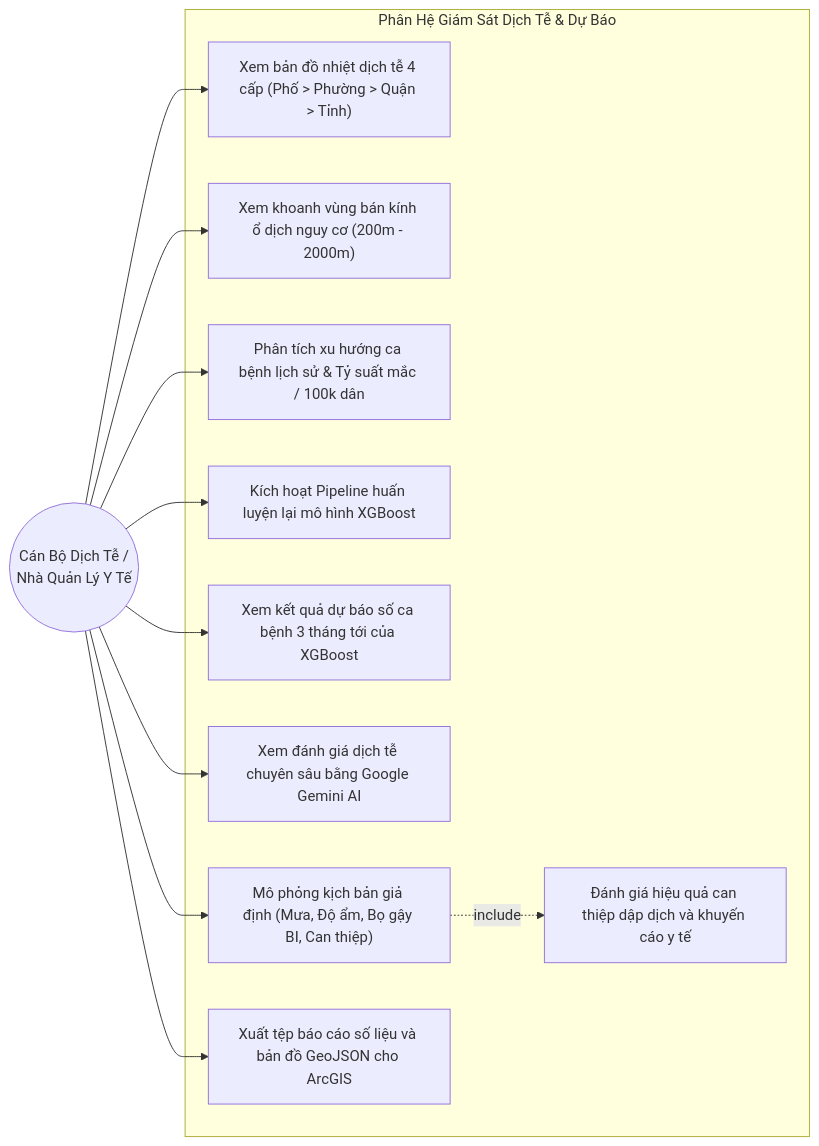
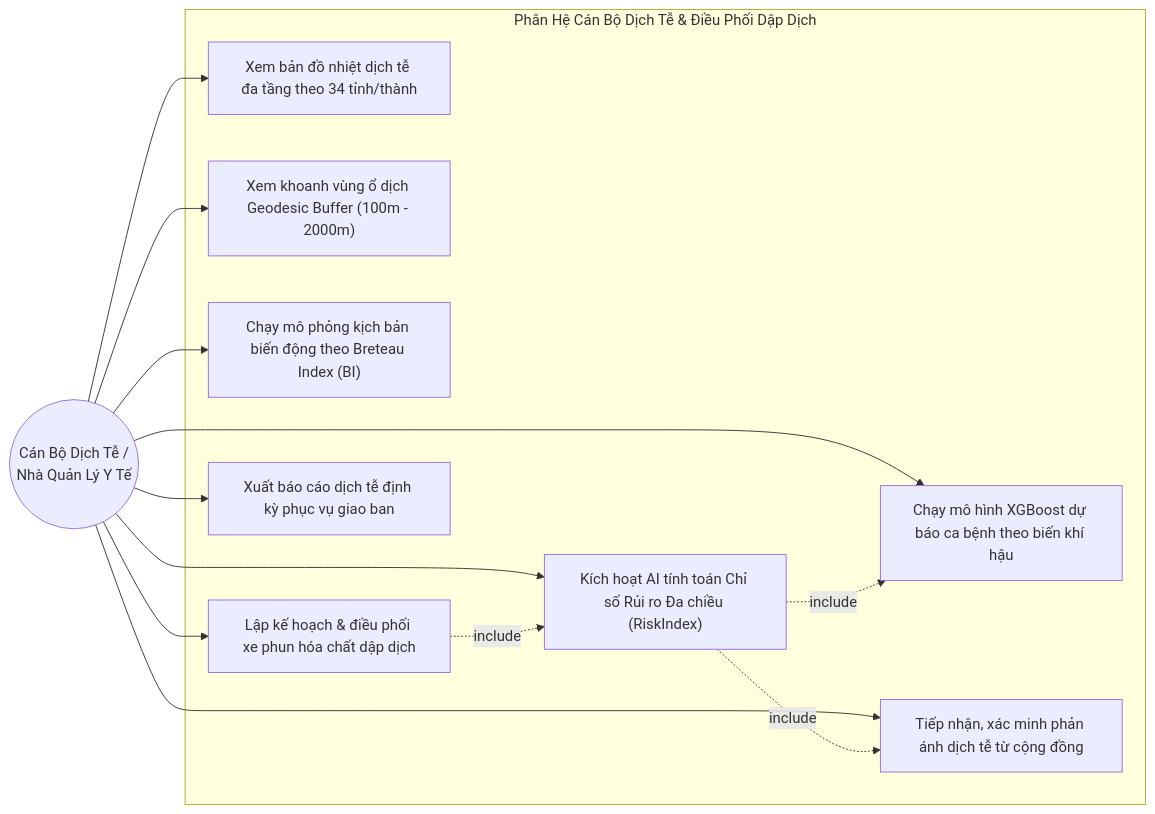
Diagram 13 of 26 in README.md (VanderSpeare/dengue-prediction), drawn with Mermaid before and after one commit. The commit also changed other lines of this file and 25 other files, not shown here.

````diff
--- a/README.md
+++ b/README.md
@@ -1048,27 +674,28 @@
 ```mermaid
 flowchart LR
-    Actor_Epidem((Cán Bộ Dịch Tễ /<br/>Nhà Quản Lý Y Tế))
+    Actor_Epi((Cán Bộ Dịch Tễ /<br/>Nhà Quản Lý Y Tế))
 
-    subgraph UC_SurveillanceModule ["Phân Hệ Giám Sát Dịch Tễ & Dự Báo"]
-        UC_E1["Xem bản đồ nhiệt dịch tễ 4 cấp (Phố > Phường > Quận > Tỉnh)"]
-        UC_E2["Xem khoanh vùng bán kính ổ dịch nguy cơ (200m - 2000m)"]
-        UC_E3["Phân tích xu hướng ca bệnh lịch sử & Tỷ suất mắc / 100k dân"]
-        UC_E4["Kích hoạt Pipeline huấn luyện lại mô hình XGBoost"]
-        UC_E5["Xem kết quả dự báo số ca bệnh 3 tháng tới của XGBoost"]
-        UC_E6["Xem đánh giá dịch tễ chuyên sâu bằng Google Gemini AI"]
-        UC_E7["Mô phỏng kịch bản giả định (Mưa, Độ ẩm, Bọ gậy BI, Can thiệp)"]
-        UC_E8["Đánh giá hiệu quả can thiệp dập dịch và khuyến cáo y tế"]
-        UC_E9["Xuất tệp báo cáo số liệu và bản đồ GeoJSON cho ArcGIS"]
+    subgraph UC_EpiModule ["Phân Hệ Cán Bộ Dịch Tễ & Điều Phối Dập Dịch"]
+        UC_E1["Xem bản đồ nhiệt dịch tễ đa tầng theo 34 tỉnh/thành"]
+        UC_E2["Xem khoanh vùng ổ dịch Geodesic Buffer (100m - 2000m)"]
+        UC_E3["Chạy mô hình XGBoost dự báo ca bệnh theo biến khí hậu"]
+        UC_E4["Tiếp nhận, xác minh phản ánh dịch tễ từ cộng đồng"]
+        UC_E5["Kích hoạt AI tính toán Chỉ số Rủi ro Đa chiều (RiskIndex)"]
+        UC_E6["Chạy mô phỏng kịch bản biến động theo Breteau Index (BI)"]
+        UC_E7["Lập kế hoạch & điều phối xe phun hóa chất dập dịch"]
+        UC_E8["Xuất báo cáo dịch tễ định kỳ phục vụ giao ban"]
     end
 
-    Actor_Epidem --> UC_E1
-    Actor_Epidem --> UC_E2
-    Actor_Epidem --> UC_E3
-    Actor_Epidem --> UC_E4
-    Actor_Epidem --> UC_E5
-    Actor_Epidem --> UC_E6
-    Actor_Epidem --> UC_E7
-    Actor_Epidem --> UC_E9
+    Actor_Epi --> UC_E1
+    Actor_Epi --> UC_E2
+    Actor_Epi --> UC_E3
+    Actor_Epi --> UC_E4
+    Actor_Epi --> UC_E5
+    Actor_Epi --> UC_E6
+    Actor_Epi --> UC_E7
+    Actor_Epi --> UC_E8
 
-    UC_E7 -.->|include| UC_E8
+    UC_E5 -.->|include| UC_E3
+    UC_E5 -.->|include| UC_E4
+    UC_E7 -.->|include| UC_E5
 ```
````
